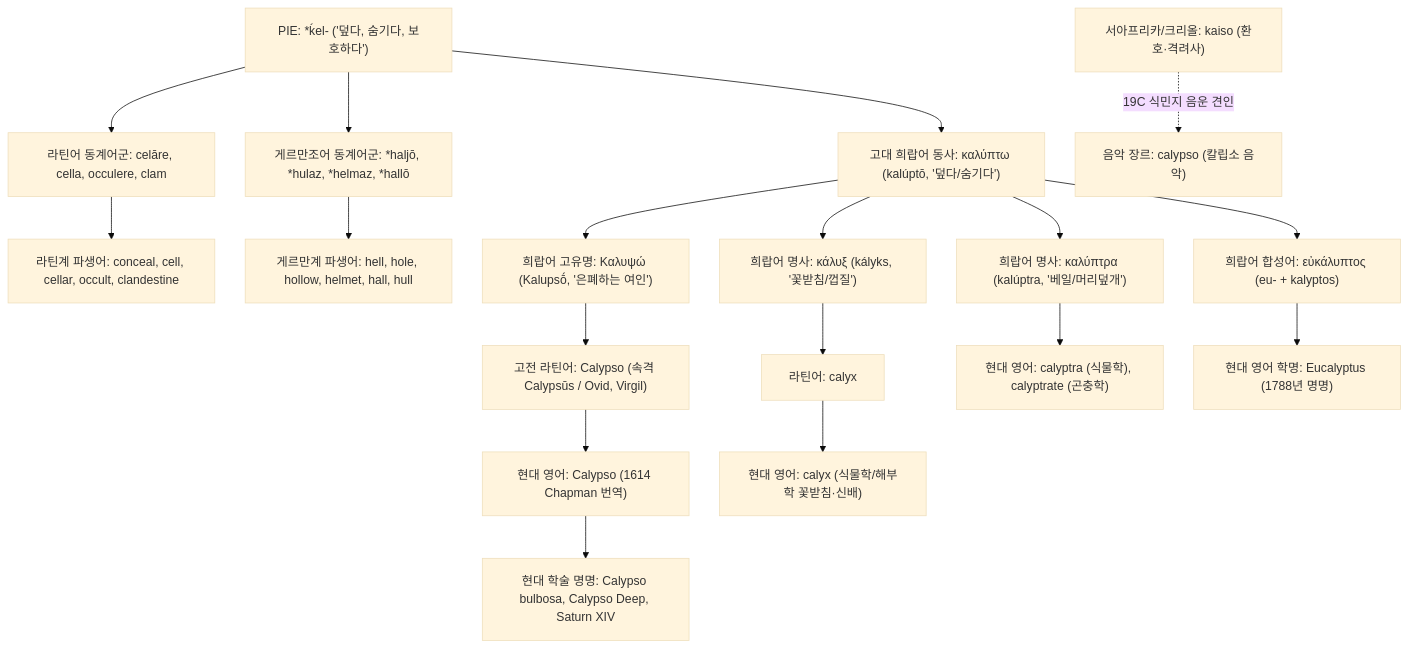
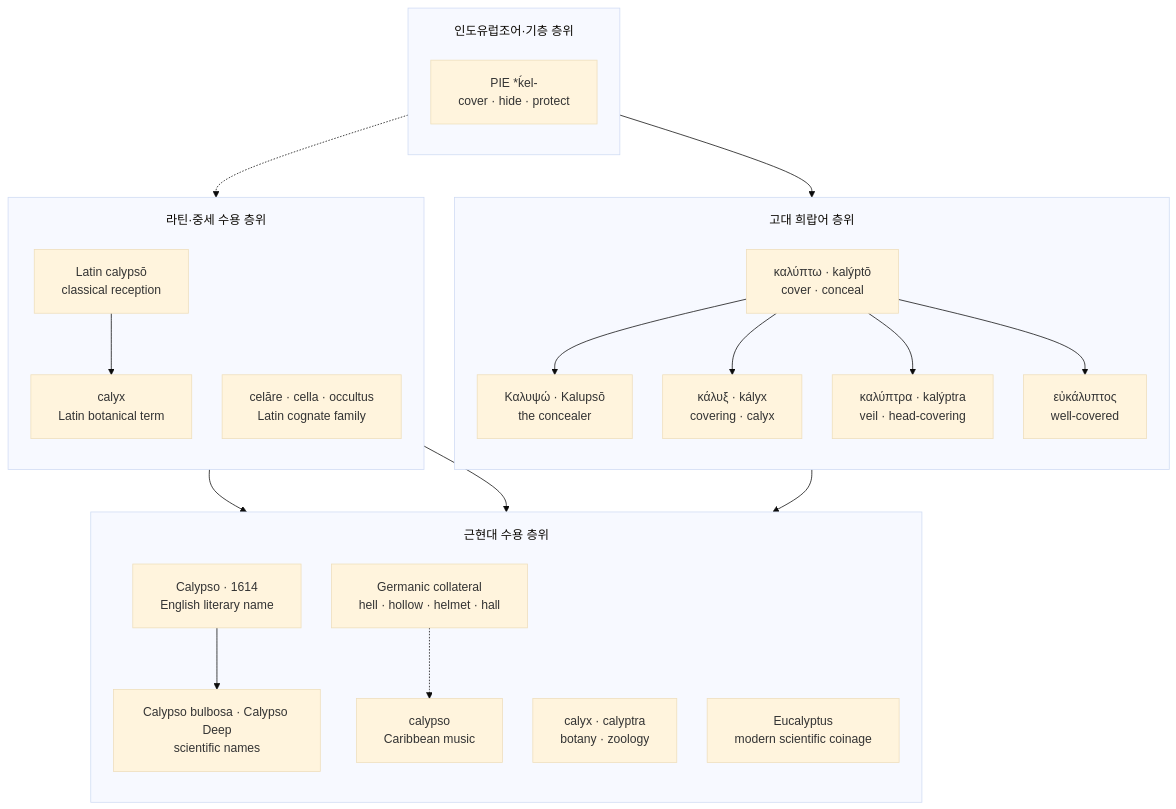
One commit to YgHnSIM/Homer_wiki changed the diagram in words/word-calypso.md. Above: the diagram before and after it, drawn with Mermaid (base theme).

Commit message:
refactor(word-calypso): Type C etymology Mermaid

````diff
--- a/words/word-calypso.md
+++ b/words/word-calypso.md
@@ -45,30 +45,42 @@
 ```mermaid
 %%{init: {'flowchart': {'useMaxWidth': true, 'nodeSpacing': 40, 'rankSpacing': 56, 'padding': 18, 'subGraphTitleMargin': {'top': 18, 'bottom': 10}}}}%%
 flowchart TD
-    %% 인도유럽조어 원어근
-    PIE["PIE: *ḱel- ('덮다, 숨기다, 보호하다')"] --> GRK_V["고대 희랍어 동사: καλύπτω (kalúptō, '덮다/숨기다')"]
-    PIE --> LAT_ROOT["라틴어 동계어군: celāre, cella, occulere, clam"]
-    PIE --> PGMC["게르만조어 동계어군: *haljō, *hulaz, *helmaz, *hallō"]
-
-    %% 게르만/라틴 현대 영어 파생
-    LAT_ROOT --> LAT_DERIV["라틴계 파생어: conceal, cell, cellar, occult, clandestine"]
-    PGMC --> PGMC_DERIV["게르만계 파생어: hell, hole, hollow, helmet, hall, hull"]
-
-    %% 희랍어 내부 파생
-    GRK_V --> GRK_EPONYM["희랍어 고유명: Καλυψώ (Kalupsṓ, '은폐하는 여인')"]
-    GRK_V --> GRK_CALYX["희랍어 명사: κάλυξ (kályks, '꽃받침/껍질')"]
-    GRK_V --> GRK_CALYPTRA["희랍어 명사: καλύπτρα (kalúptra, '베일/머리덮개')"]
-    GRK_V --> GRK_EU["희랍어 합성어: εὐκάλυπτος (eu- + kalyptos)"]
-
-    %% 라틴어 경유 현대 영어 정착
-    GRK_EPONYM --> LAT_CALYPSO["고전 라틴어: Calypso (속격 Calypsūs / Ovid, Virgil)"]
-    LAT_CALYPSO --> MOD_CALYPSO["현대 영어: Calypso (1614 Chapman 번역)"]
-    MOD_CALYPSO --> SCI_EPONYMS["현대 학술 명명: Calypso bulbosa, Calypso Deep, Saturn XIV"]
-
-    GRK_CALYX --> LAT_CALYX["라틴어: calyx"] --> MOD_CALYX["현대 영어: calyx (식물학/해부학 꽃받침·신배)"]
-    GRK_CALYPTRA --> MOD_CALYPTRA["현대 영어: calyptra (식물학), calyptrate (곤충학)"]
-    GRK_EU --> MOD_EUCALYPTUS["현대 영어 학명: Eucalyptus (1788년 명명)"]
-
-    %% 민간 어원 경고
-    CARIB["서아프리카/크리올: kaiso (환호·격려사)"] -.->|19C 식민지 음운 견인| CAL_MUSIC["음악 장르: calypso (칼립소 음악)"]
+    subgraph PIE_Stage ["인도유럽조어·기층 층위"]
+        direction TB
+        PIE["PIE *ḱel-<br/>cover · hide · protect"]:::substrate
+    end
+    subgraph Greek_Stage ["고대 희랍어 층위"]
+        direction TB
+        GRK_V["καλύπτω · kalýptō<br/>cover · conceal"]:::greek
+        CALYPSO["Καλυψώ · Kalupsō<br/>the concealer"]:::focus
+        CALYX["κάλυξ · kályx<br/>covering · calyx"]:::greek
+        CALYPTRA["καλύπτρα · kalýptra<br/>veil · head-covering"]:::greek
+        EU["εὐκάλυπτος<br/>well-covered"]:::variant
+        GRK_V --> CALYPSO
+        GRK_V --> CALYX
+        GRK_V --> CALYPTRA
+        GRK_V --> EU
+    end
+    subgraph Latin_Stage ["라틴·중세 수용 층위"]
+        direction TB
+        LAT["Latin calypsō<br/>classical reception"]:::latin
+        LAT_ROOT["celāre · cella · occultus<br/>Latin cognate family"]:::latin
+        LAT_CALYX["calyx<br/>Latin botanical term"]:::latin
+        LAT --> LAT_CALYX
+        PIE -.-> LAT_ROOT
+    end
+    subgraph Modern_Stage ["근현대 수용 층위"]
+        direction TB
+        MOD["Calypso · 1614<br/>English literary name"]:::english
+        SCI["Calypso bulbosa · Calypso Deep<br/>scientific names"]:::english
+        MCALYX["calyx · calyptra<br/>botany · zoology"]:::english
+        EUC["Eucalyptus<br/>modern scientific coinage"]:::english
+        GER["Germanic collateral<br/>hell · hollow · helmet · hall"]:::note
+        MUSIC["calypso<br/>Caribbean music"]:::english
+        LAT --> MOD --> SCI
+        LAT_CALYX --> MCALYX
+        EU --> EUC
+        GER -.-> MUSIC
+    end
+    PIE --> GRK_V
 ```
````
